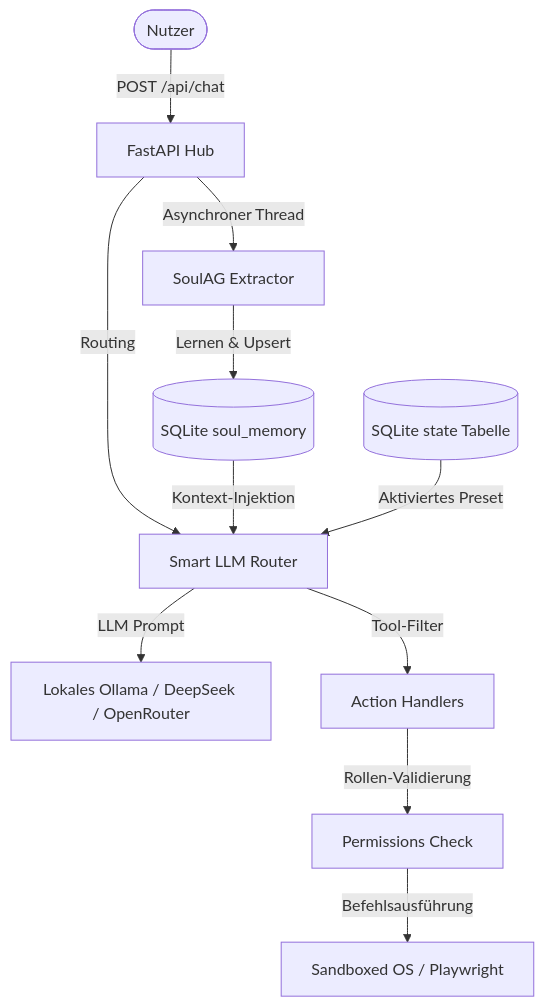
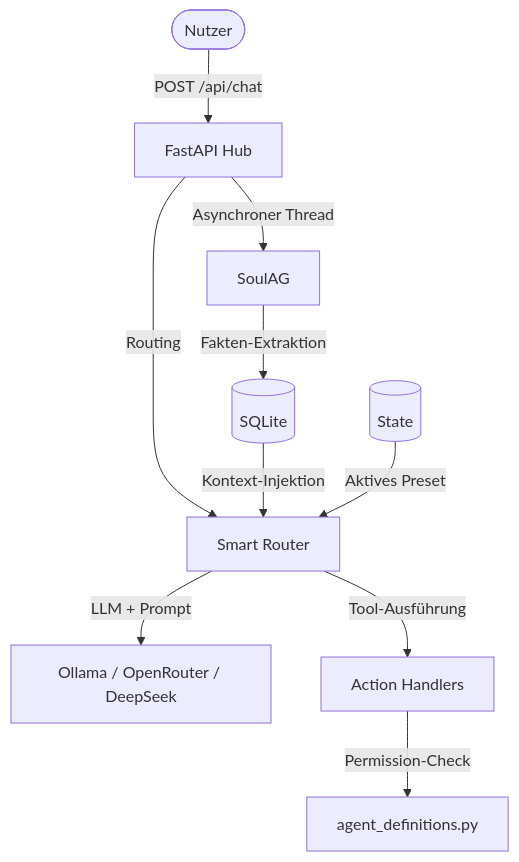
The diagram in README.md (landjunge/Gnom-Hub-Clean), drawn with Mermaid before and after one commit. The commit also changed other lines of this file, not shown here.

Commit message:
Finale README mit 8-Agenten und Preset-System + technische Dokumentation

````diff
--- a/README.md
+++ b/README.md
@@ -22,13 +21,12 @@
 ```mermaid
 graph TD
     User([Nutzer]) -->|POST /api/chat| Hub[FastAPI Hub]
-    Hub -->|Asynchroner Thread| Soul[SoulAG Extractor]
-    Soul -->|Lernen & Upsert| DB[(SQLite soul_memory)]
-    Hub -->|Routing| Router[Smart LLM Router]
+    Hub -->|Asynchroner Thread| Soul[SoulAG]
+    Soul -->|Fakten-Extraktion| DB[(SQLite)]
+    Hub -->|Routing| Router[Smart Router]
     DB -->|Kontext-Injektion| Router
-    State[(SQLite state Tabelle)] -->|Aktiviertes Preset| Router
-    Router -->|LLM Prompt| LLM[Lokales Ollama / DeepSeek / OpenRouter]
-    Router -->|Tool-Filter| Action[Action Handlers]
-    Action -->|Rollen-Validierung| Perm[Permissions Check]
-    Perm -->|Befehlsausführung| OS[Sandboxed OS / Playwright]
+    State[(State)] -->|Aktives Preset| Router
+    Router -->|LLM + Prompt| LLM[Ollama / OpenRouter / DeepSeek]
+    Router -->|Tool-Ausführung| Action[Action Handlers]
+    Action -->|Permission-Check| Perm[agent_definitions.py]
 ```
````
